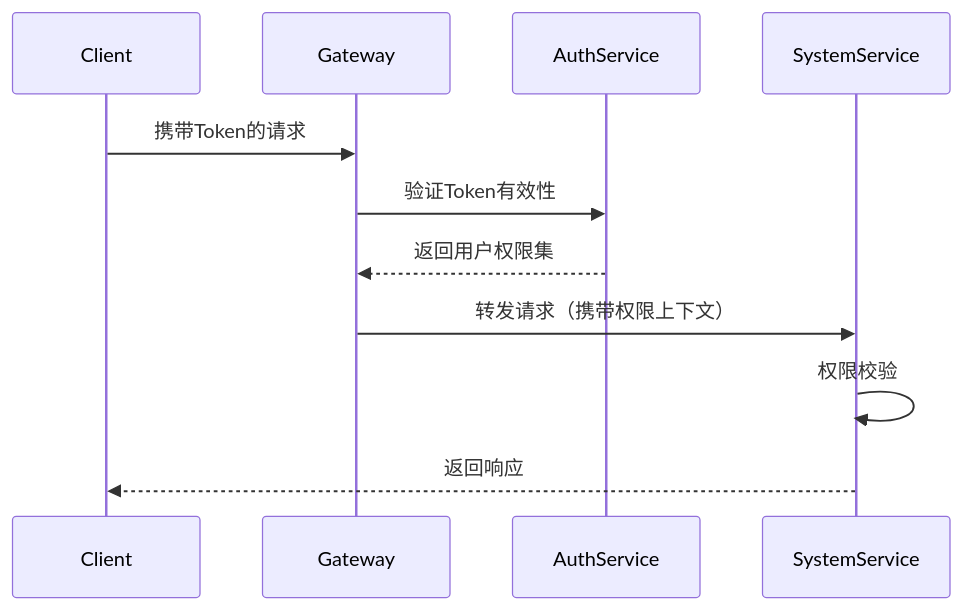
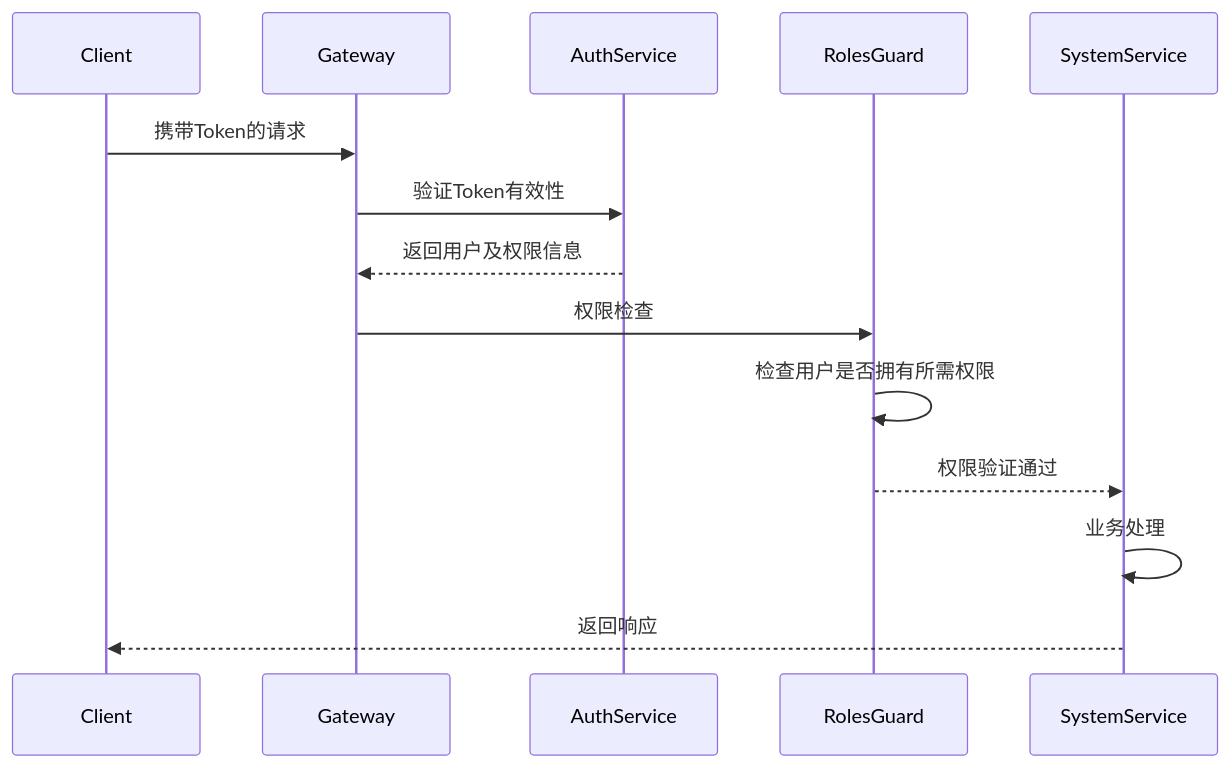
One commit to XcodeFish/AdminFlow changed the second of 4 diagrams in backend/docs/PERMISSION.md. Above: the diagram before and after it, drawn with Mermaid. The commit also changed other lines of this file and 89 other files, not shown here.

````diff
--- a/backend/docs/PERMISSION.md
+++ b/backend/docs/PERMISSION.md
@@ -85,14 +108,17 @@
 ```mermaid
 sequenceDiagram
     participant Client
     participant Gateway
     participant AuthService
+    participant RolesGuard
     participant SystemService
 
     Client->>Gateway: 携带Token的请求
     Gateway->>AuthService: 验证Token有效性
-    AuthService-->>Gateway: 返回用户权限集
-    Gateway->>SystemService: 转发请求（携带权限上下文）
-    SystemService->>SystemService: 权限校验
+    AuthService-->>Gateway: 返回用户及权限信息
+    Gateway->>RolesGuard: 权限检查
+    RolesGuard->>RolesGuard: 检查用户是否拥有所需权限
+    RolesGuard-->>SystemService: 权限验证通过
+    SystemService->>SystemService: 业务处理
     SystemService-->>Client: 返回响应
 ```
````
